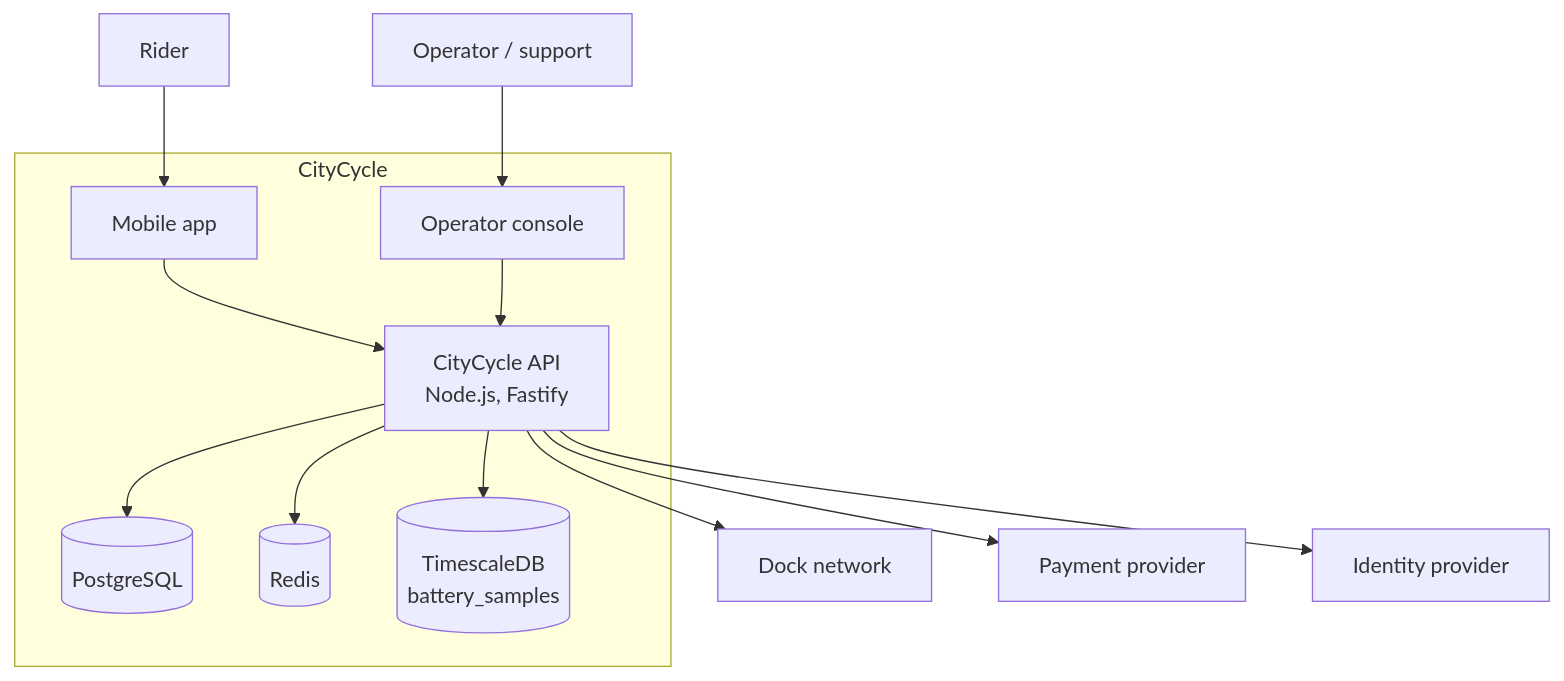
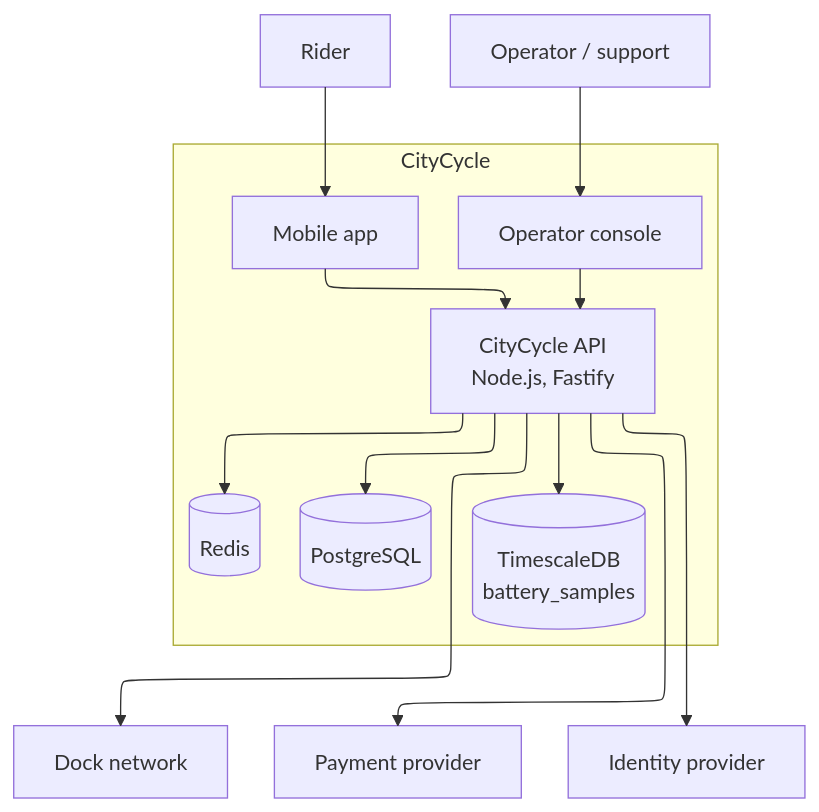
One commit to openmove/design-docs-example changed the second of 2 diagrams in docs/architecture/diagrams/c4-containers.md. Above: the diagram before and after it, drawn with Mermaid. The commit also changed 5 other files, not shown here.

First line of the commit message:
Lay out flowcharts with ELK so edges meet at right angles.

````diff
--- a/docs/architecture/diagrams/c4-containers.md
+++ b/docs/architecture/diagrams/c4-containers.md
@@ -37,27 +37,31 @@
 ```mermaid
+---
+config:
+  layout: elk
+---
 flowchart TB
   rider["Rider"]
   staff["Operator / support"]
 
   subgraph citycycle["CityCycle"]
     mobile["Mobile app"]
     console["Operator console"]
     api["CityCycle API<br/>Node.js, Fastify"]
     pg[("PostgreSQL")]
     redis[("Redis")]
     telemetry[("TimescaleDB<br/>battery_samples")]
   end
 
   docks["Dock network"]
   payments["Payment provider"]
   idp["Identity provider"]
 
   rider --> mobile --> api
   staff --> console --> api
   api --> pg
   api --> redis
   api --> telemetry
   api --> docks
   api --> payments
   api --> idp
 ```
````
